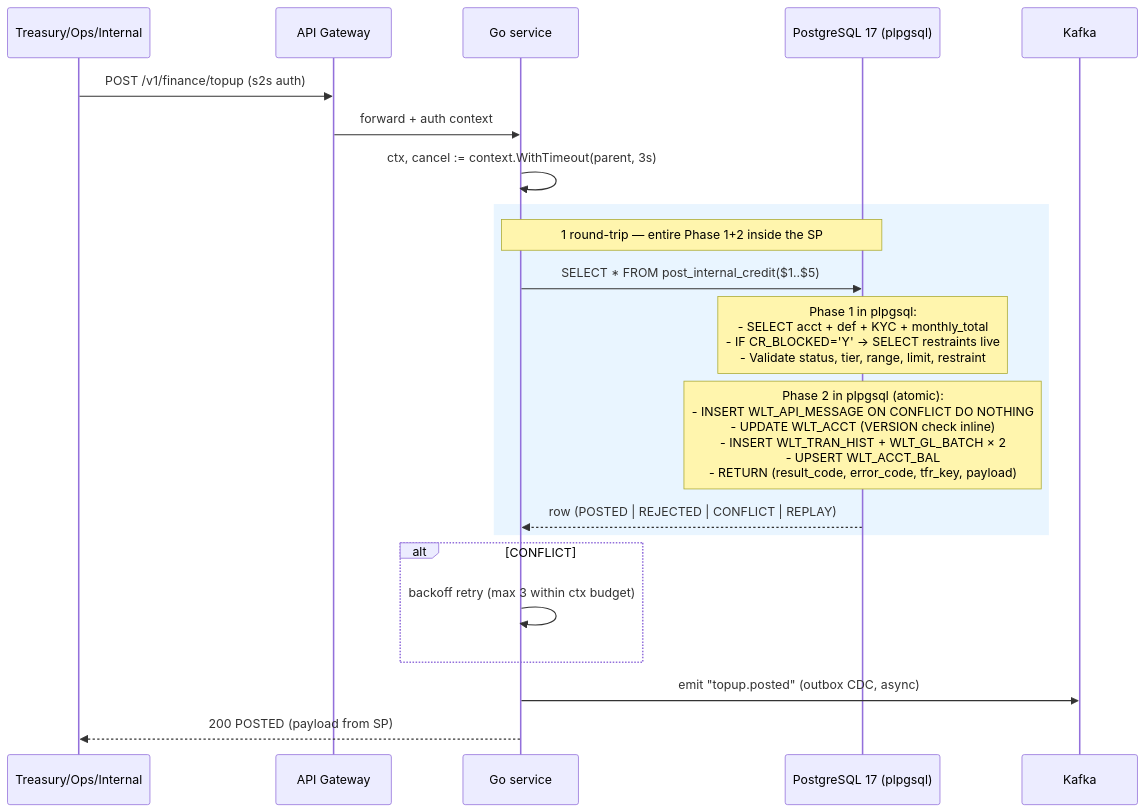
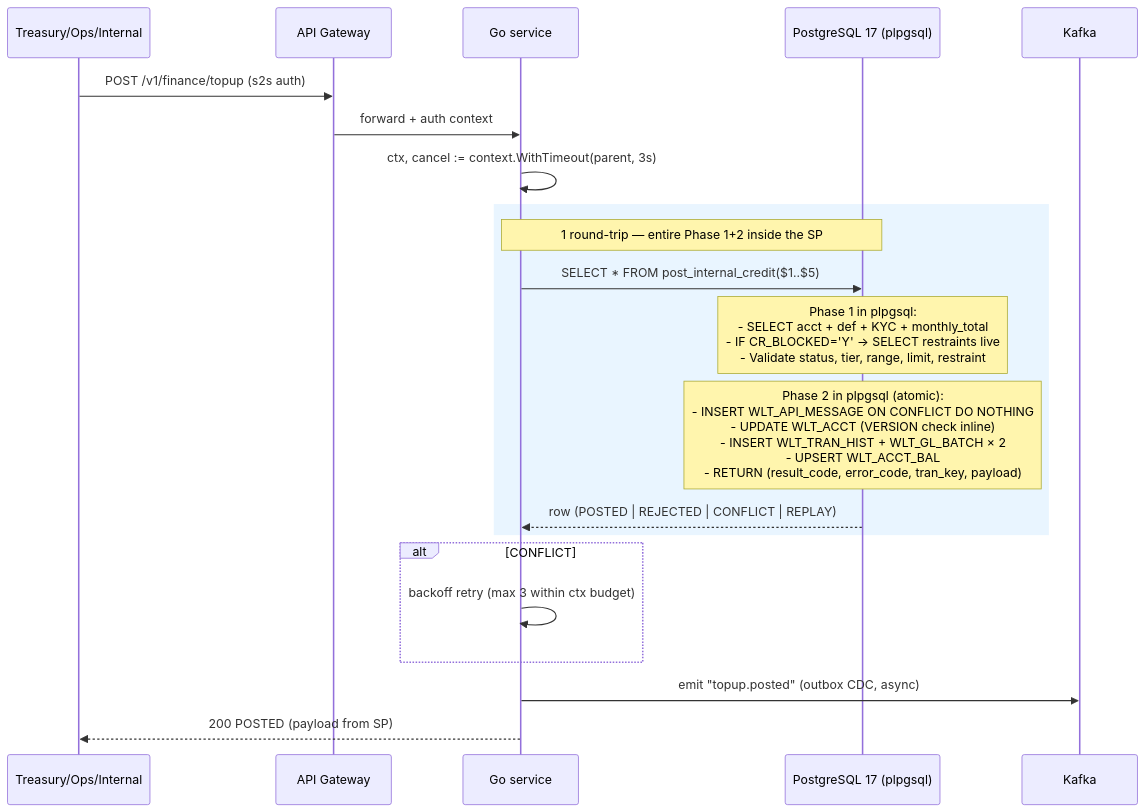
One commit to huuhoait/core-wallet changed the first of 6 diagrams in docs/specs/finance_transaction.md. Above: the diagram before and after it, drawn with Mermaid. The commit also changed other lines of this file and 29 other files, not shown here.

First line of the commit message:
Rename tfr → tran across schema, Go, API, and docs

````diff
--- a/docs/specs/finance_transaction.md
+++ b/docs/specs/finance_transaction.md
@@ -69,28 +69,28 @@
 ```mermaid
 sequenceDiagram
   participant Caller as Treasury/Ops/Internal
   participant GW as API Gateway
   participant GO as Go service
   participant DB as PostgreSQL 17 (plpgsql)
   participant K as Kafka
 
   Caller->>GW: POST /v1/finance/topup (s2s auth)
   GW->>GO: forward + auth context
   
   GO->>GO: ctx, cancel := context.WithTimeout(parent, 3s)
   
   rect rgba(200,230,255,0.4)
     Note over GO,DB: 1 round-trip — entire Phase 1+2 inside the SP
     GO->>DB: SELECT * FROM post_internal_credit($1..$5)
     Note over DB: Phase 1 in plpgsql:<br/>- SELECT acct + def + KYC + monthly_total<br/>- IF CR_BLOCKED='Y' → SELECT restraints live<br/>- Validate status, tier, range, limit, restraint
-    Note over DB: Phase 2 in plpgsql (atomic):<br/>- INSERT WLT_API_MESSAGE ON CONFLICT DO NOTHING<br/>- UPDATE WLT_ACCT (VERSION check inline)<br/>- INSERT WLT_TRAN_HIST + WLT_GL_BATCH × 2<br/>- UPSERT WLT_ACCT_BAL<br/>- RETURN (result_code, error_code, tfr_key, payload)
+    Note over DB: Phase 2 in plpgsql (atomic):<br/>- INSERT WLT_API_MESSAGE ON CONFLICT DO NOTHING<br/>- UPDATE WLT_ACCT (VERSION check inline)<br/>- INSERT WLT_TRAN_HIST + WLT_GL_BATCH × 2<br/>- UPSERT WLT_ACCT_BAL<br/>- RETURN (result_code, error_code, tran_key, payload)
     DB-->>GO: row (POSTED | REJECTED | CONFLICT | REPLAY)
   end
   
   alt CONFLICT
     GO->>GO: backoff retry (max 3 within ctx budget)
   end
   
   GO->>K: emit "topup.posted" (outbox CDC, async)
   GO-->>Caller: 200 POSTED (payload from SP)
 ```
````
